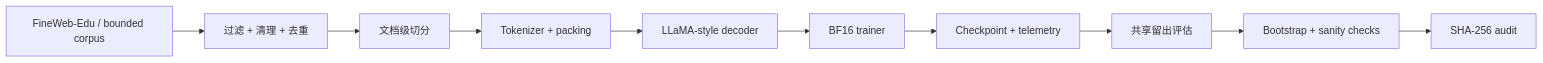
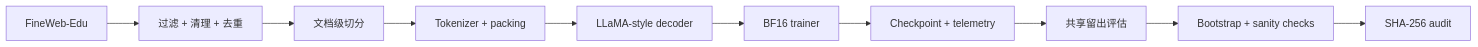
One commit to xjy949003794-boop/PretrainLab-X changed the diagram in README_CN.md. Above: the diagram before and after it, drawn with Mermaid. The commit also changed other lines of this file and 1 other file, not shown here.

````diff
--- a/README_CN.md
+++ b/README_CN.md
@@ -77,12 +97,12 @@
 ```mermaid
 flowchart LR
-    A[FineWeb-Edu / bounded corpus] --> B[过滤 + 清理 + 去重]
+    A[FineWeb-Edu] --> B[过滤 + 清理 + 去重]
     B --> C[文档级切分]
     C --> D[Tokenizer + packing]
     D --> E[LLaMA-style decoder]
     E --> F[BF16 trainer]
     F --> G[Checkpoint + telemetry]
     G --> H[共享留出评估]
     H --> I[Bootstrap + sanity checks]
     I --> J[SHA-256 audit]
 ```
````
